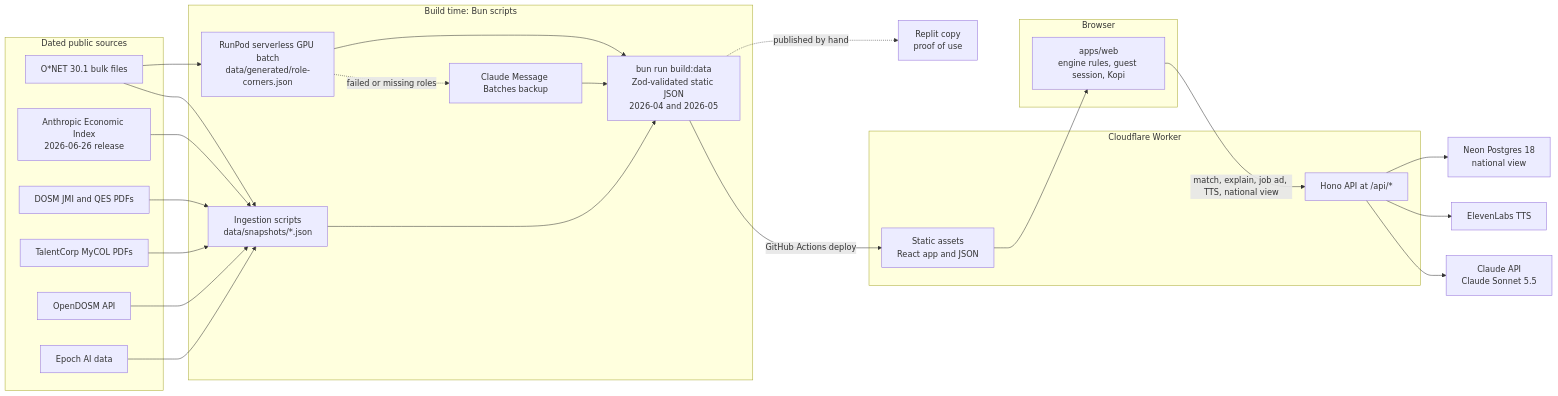
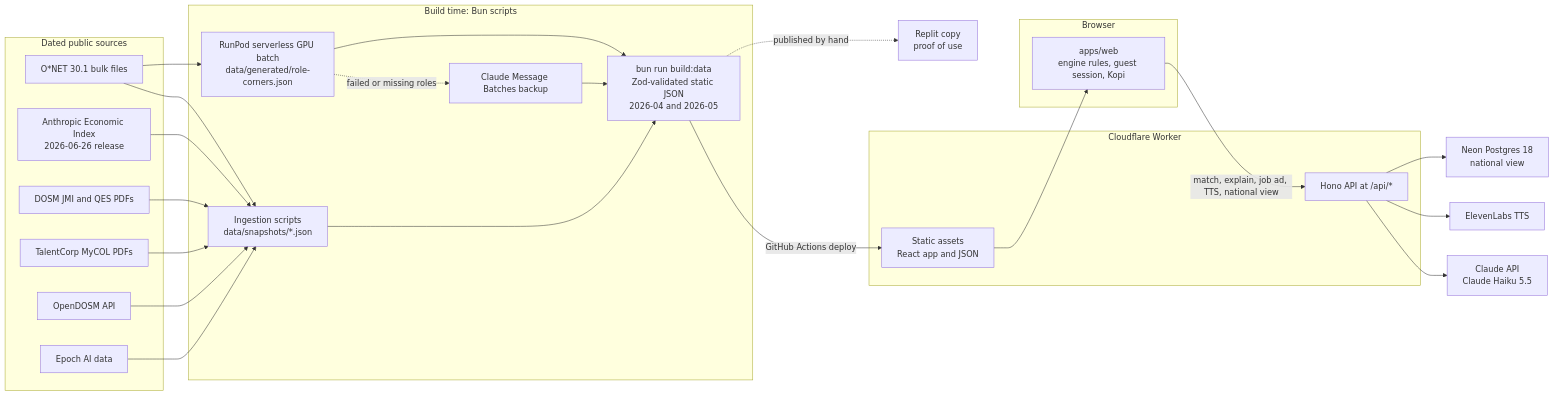
One commit to TolongLabs/Kotak changed the diagram in docs/TRD.md. Above: the diagram before and after it, drawn with Mermaid. The commit also changed other lines of this file and 2 other files, not shown here.

First line of the commit message:
feat: switch the ai layer to haiku 5.5

````diff
--- a/docs/TRD.md
+++ b/docs/TRD.md
@@ -164,41 +164,41 @@
 ```mermaid
 flowchart LR
   subgraph Sources["Dated public sources"]
     ONET["O*NET 30.1 bulk files"]
     AEI["Anthropic Economic Index<br/>2026-06-26 release"]
     DOSM["DOSM JMI and QES PDFs"]
     MYCOL["TalentCorp MyCOL PDFs"]
     ODOSM["OpenDOSM API"]
     EPOCH["Epoch AI data"]
   end
   subgraph Build["Build time: Bun scripts"]
     ING["Ingestion scripts<br/>data/snapshots/*.json"]
     RP["RunPod serverless GPU batch<br/>data/generated/role-corners.json"]
     CB["Claude Message Batches backup"]
     BD["bun run build:data<br/>Zod-validated static JSON<br/>2026-04 and 2026-05"]
   end
   subgraph Edge["Cloudflare Worker"]
     ASSETS["Static assets<br/>React app and JSON"]
     API["Hono API at /api/*"]
   end
   subgraph Client["Browser"]
     WEB["apps/web<br/>engine rules, guest session, Kopi"]
   end
-  CLAUDE["Claude API<br/>Claude Sonnet 5.5"]
+  CLAUDE["Claude API<br/>Claude Haiku 5.5"]
   EL["ElevenLabs TTS"]
   NEON["Neon Postgres 18<br/>national view"]
   REPLIT["Replit copy<br/>proof of use"]
   ONET & AEI & DOSM & MYCOL & ODOSM & EPOCH --> ING
   ONET --> RP
   RP -. failed or missing roles .-> CB
   ING --> BD
   RP --> BD
   CB --> BD
   BD -- "GitHub Actions deploy" --> ASSETS
   BD -. "published by hand" .-> REPLIT
   ASSETS --> WEB
   WEB -- "match, explain, job ad, TTS, national view" --> API
   API --> CLAUDE
   API --> EL
   API --> NEON
 ```
````
